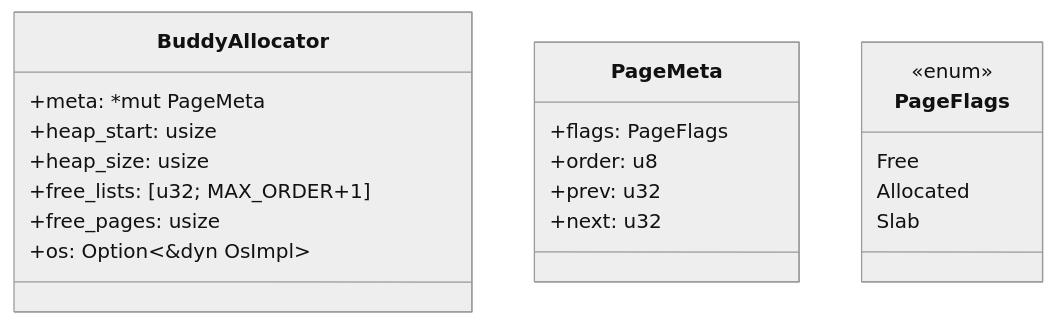
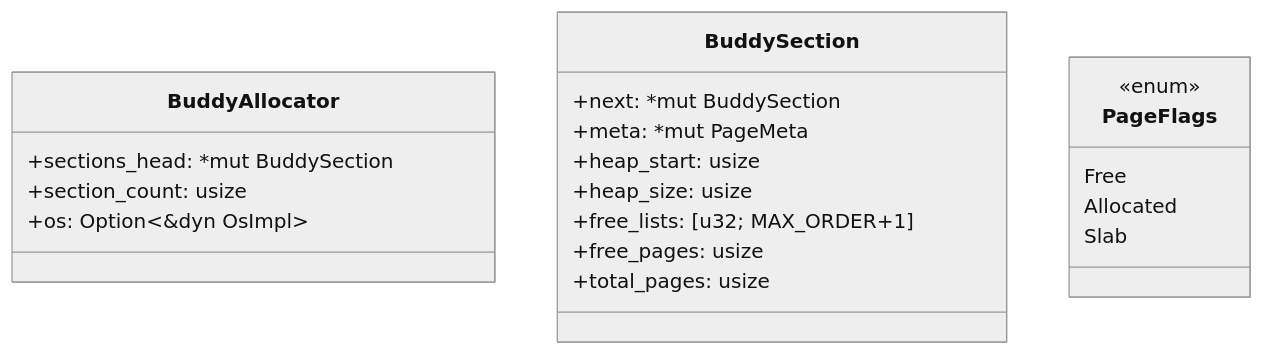
One commit to arceos-hypervisor/buddy-slab-allocator changed the third of 8 diagrams in docs/design.md. Above: the diagram before and after it, drawn with Mermaid (neutral theme). The commit also changed other lines of this file and 9 other files, not shown here.

````diff
--- a/docs/design.md
+++ b/docs/design.md
@@ -115,25 +158,25 @@
 ```mermaid
 classDiagram
     class BuddyAllocator {
+        +sections_head: *mut BuddySection
+        +section_count: usize
+        +os: Option<&dyn OsImpl>
+    }
+
+    class BuddySection {
+        +next: *mut BuddySection
         +meta: *mut PageMeta
         +heap_start: usize
         +heap_size: usize
         +free_lists: [u32; MAX_ORDER+1]
         +free_pages: usize
-        +os: Option<&dyn OsImpl>
-    }
-
-    class PageMeta {
-        +flags: PageFlags
-        +order: u8
-        +prev: u32
-        +next: u32
+        +total_pages: usize
     }
 
     class PageFlags {
         <<enum>>
         Free
         Allocated
         Slab
     }
 ```
````
